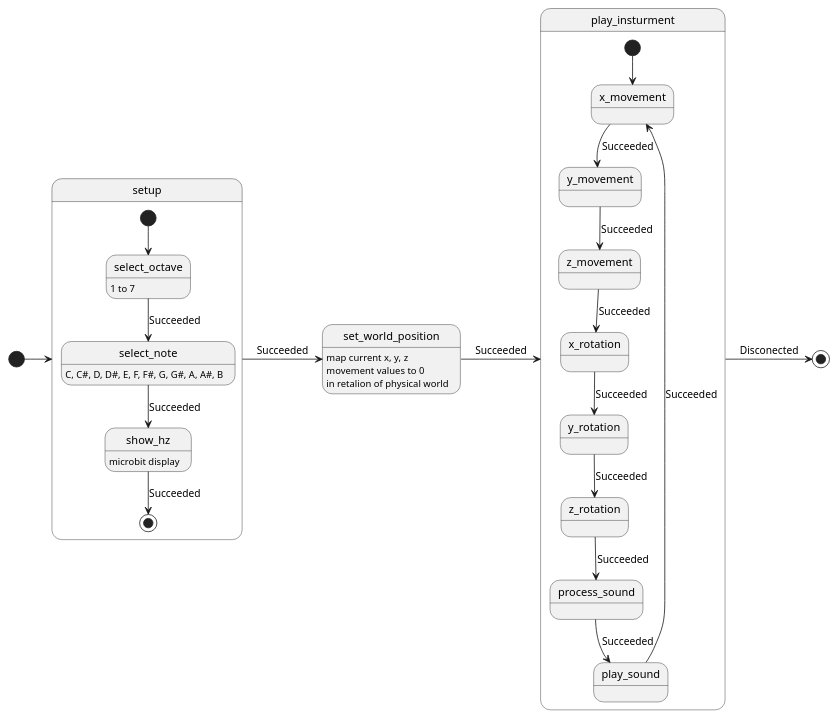
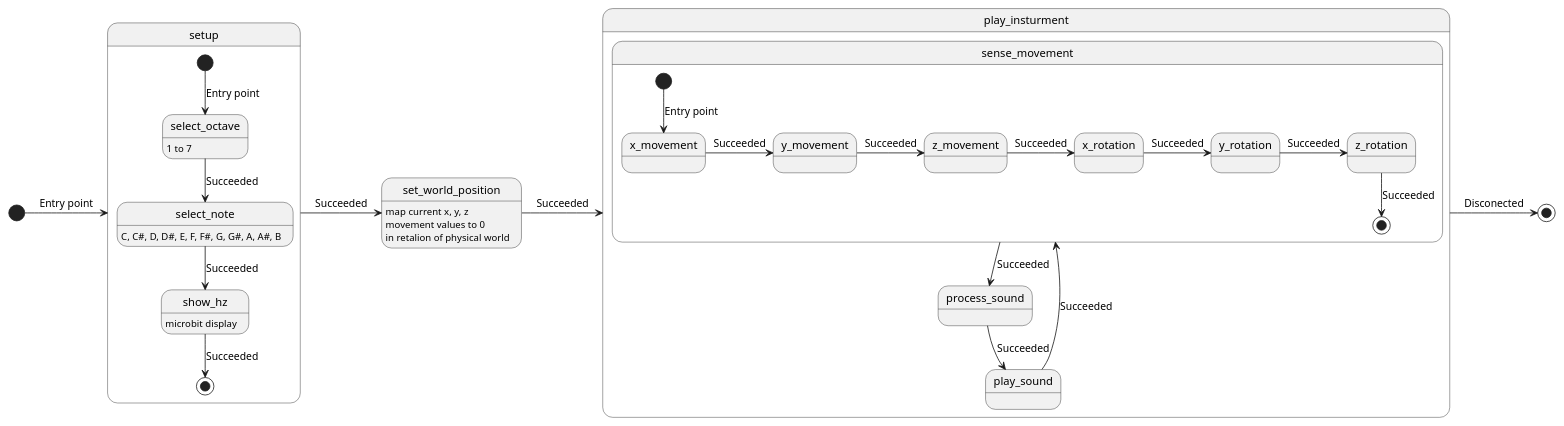
Before and after one commit to jfUPB/bitacorassfi12024-10-LemurWater: the diagram in Unidad3/state_machine.puml, drawn with PlantUML.

```diff
--- a/Unidad3/state_machine.puml
+++ b/Unidad3/state_machine.puml
@@ -1,42 +1,45 @@
 @startuml
 
-scale 1024 width
+scale 1920 width
 
-[*] -> setup
+[*] -> setup : Entry point
 
 state setup {
- [*] --> select_octave
+ [*] --> select_octave : Entry point
  select_octave: 1 to 7
  select_octave --> select_note : Succeeded
  select_note: C, C#, D, D#, E, F, F#, G, G#, A, A#, B
  select_note --> show_hz : Succeeded
  show_hz: microbit display
  show_hz --> [*] : Succeeded
 }
 setup -> set_world_position : Succeeded
 
 
 state set_world_position {
  set_world_position: map current x, y, z
  set_world_position: movement values to 0
  set_world_position: in retalion of physical world
 }
 set_world_position -> play_insturment : Succeeded
 
 
+
 state play_insturment {
- [*] --> x_movement
- x_movement --> y_movement: Succeeded
- y_movement --> z_movement: Succeeded
- z_movement --> x_rotation: Succeeded
- x_rotation --> y_rotation: Succeeded
- y_rotation --> z_rotation: Succeeded
- z_rotation --> process_sound : Succeeded
- process_sound --> play_sound: Succeeded
-
- play_sound --> x_movement: Succeeded
+ state sense_movement {
+  [*] --> x_movement : Entry point
+  x_movement -> y_movement: Succeeded
+  y_movement -> z_movement: Succeeded
+  z_movement -> x_rotation: Succeeded
+  x_rotation -> y_rotation: Succeeded
+  y_rotation -> z_rotation: Succeeded
+  z_rotation --> [*]: Succeeded
+ }
+ sense_movement --> process_sound : Succeeded
+ process_sound --> play_sound : Succeeded
+ play_sound --> sense_movement: Succeeded
 }
 
 play_insturment -> [*] : Disconected
 
 @enduml
```
